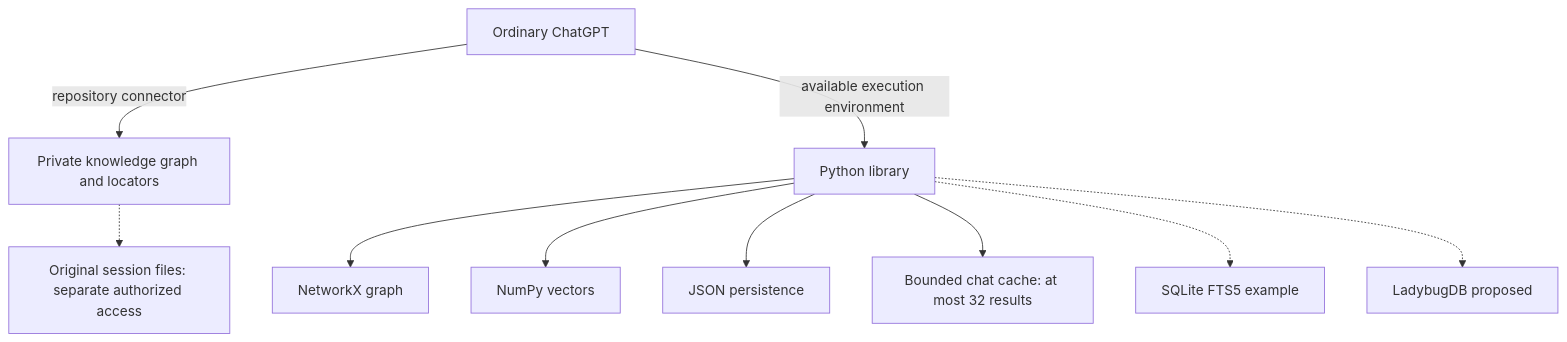
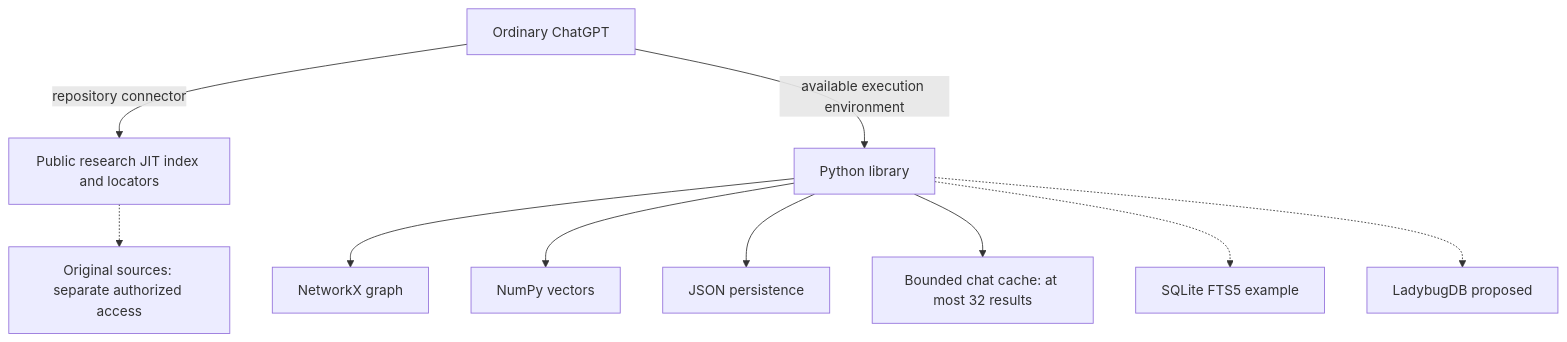
The diagram in knowledge-positions/ENVIRONMENT.md (l00p3rl00p/barely-passable-ai-stuff), drawn with Mermaid before and after one commit. The commit also changed other lines of this file, not shown here.

Commit message:
Align runtime view with public research JIT

````diff
--- a/knowledge-positions/ENVIRONMENT.md
+++ b/knowledge-positions/ENVIRONMENT.md
@@ -51,12 +49,12 @@
 ```mermaid
 flowchart TB
-  W[Ordinary ChatGPT] -->|repository connector| R[Private knowledge graph and locators]
+  W[Ordinary ChatGPT] -->|repository connector| R[Public research JIT index and locators]
   W -->|available execution environment| P[Python library]
   P --> N[NetworkX graph]
   P --> V[NumPy vectors]
   P --> J[JSON persistence]
   P --> C[Bounded chat cache: at most 32 results]
   P -.-> E[SQLite FTS5 example]
   P -.-> L[LadybugDB proposed]
-  R -.-> S[Original session files: separate authorized access]
+  R -.-> S[Original sources: separate authorized access]
 ```
````
